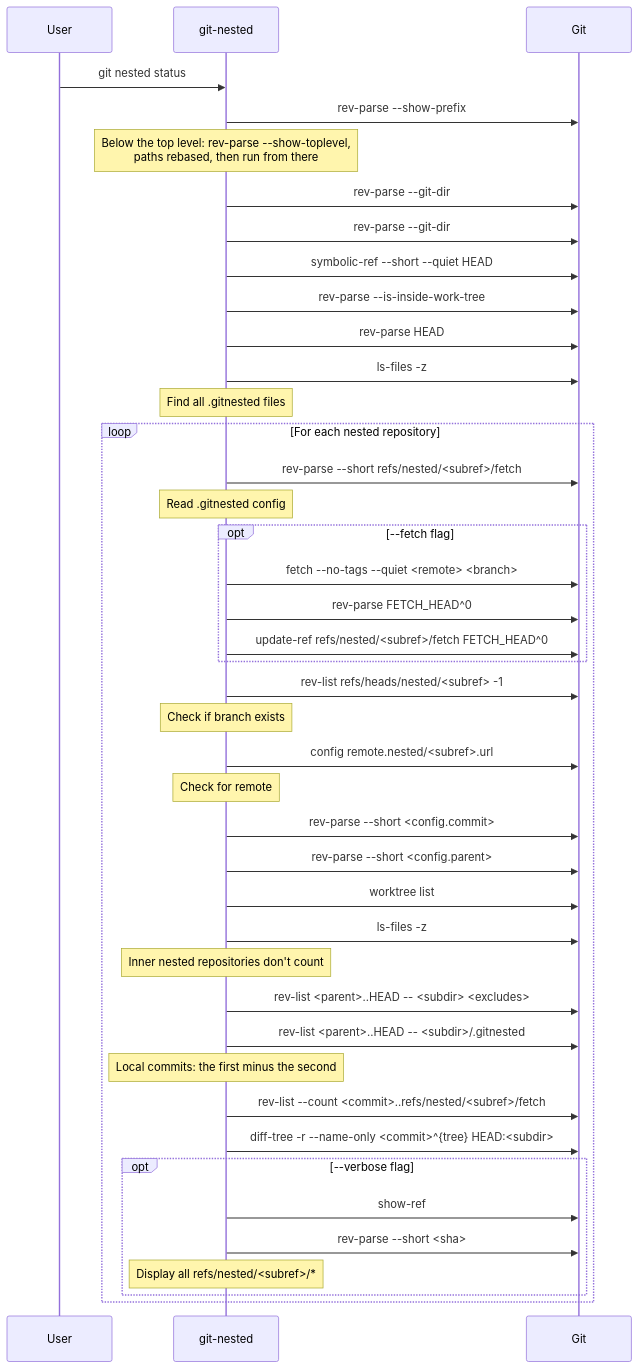
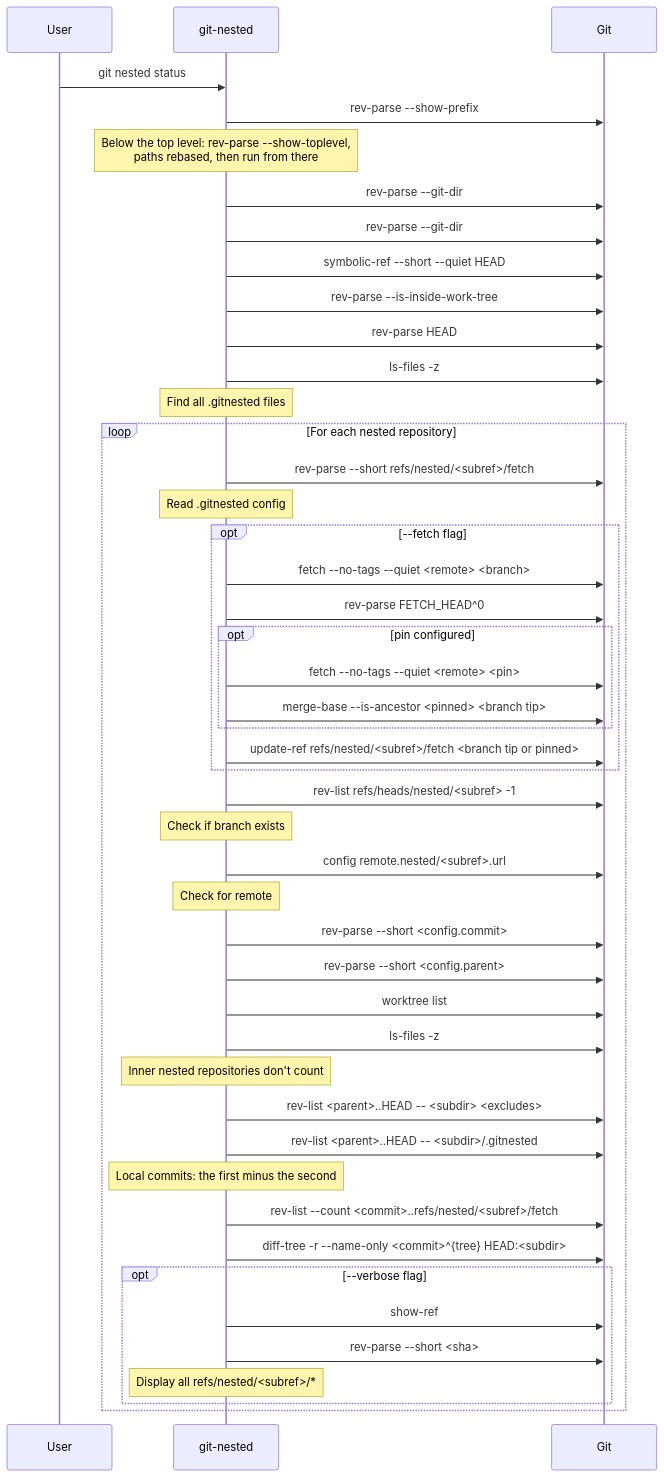
Before and after one commit to thorsten-klein/git-nested: the tenth of 14 diagrams in docs/diagrams.md, drawn with Mermaid. The commit also changed other lines of this file and 10 other files, not shown here.

First line of the commit message:
feat: pin a nested repository to a commit or tag with `--pin` (#151)

````diff
--- a/docs/diagrams.md
+++ b/docs/diagrams.md
@@ -639,52 +659,56 @@
 ```mermaid
 sequenceDiagram
     participant User
     participant git-nested
     participant Git
 
     User->>git-nested: git nested status
     git-nested->>Git: rev-parse --show-prefix
     Note over git-nested: Below the top level: rev-parse --show-toplevel,<br/>paths rebased, then run from there
     git-nested->>Git: rev-parse --git-dir
     git-nested->>Git: rev-parse --git-dir
     git-nested->>Git: symbolic-ref --short --quiet HEAD
     git-nested->>Git: rev-parse --is-inside-work-tree
     git-nested->>Git: rev-parse HEAD
 
     git-nested->>Git: ls-files -z
     Note over git-nested: Find all .gitnested files
 
     loop For each nested repository
         git-nested->>Git: rev-parse --short refs/nested/<subref>/fetch
         Note over git-nested: Read .gitnested config
 
         opt --fetch flag
             git-nested->>Git: fetch --no-tags --quiet <remote> <branch>
             git-nested->>Git: rev-parse FETCH_HEAD^0
-            git-nested->>Git: update-ref refs/nested/<subref>/fetch FETCH_HEAD^0
+            opt pin configured
+            git-nested->>Git: fetch --no-tags --quiet <remote> <pin>
+            git-nested->>Git: merge-base --is-ancestor <pinned> <branch tip>
+        end
+        git-nested->>Git: update-ref refs/nested/<subref>/fetch <branch tip or pinned>
         end
 
         git-nested->>Git: rev-list refs/heads/nested/<subref> -1
         Note over git-nested: Check if branch exists
 
         git-nested->>Git: config remote.nested/<subref>.url
         Note over git-nested: Check for remote
 
         git-nested->>Git: rev-parse --short <config.commit>
         git-nested->>Git: rev-parse --short <config.parent>
         git-nested->>Git: worktree list
         git-nested->>Git: ls-files -z
         Note over git-nested: Inner nested repositories don't count
         git-nested->>Git: rev-list <parent>..HEAD -- <subdir> <excludes>
         git-nested->>Git: rev-list <parent>..HEAD -- <subdir>/.gitnested
         Note over git-nested: Local commits: the first minus the second
         git-nested->>Git: rev-list --count <commit>..refs/nested/<subref>/fetch
         git-nested->>Git: diff-tree -r --name-only <commit>^{tree} HEAD:<subdir>
 
         opt --verbose flag
             git-nested->>Git: show-ref
             git-nested->>Git: rev-parse --short <sha>
             Note over git-nested: Display all refs/nested/<subref>/*
         end
     end
 ```
````
